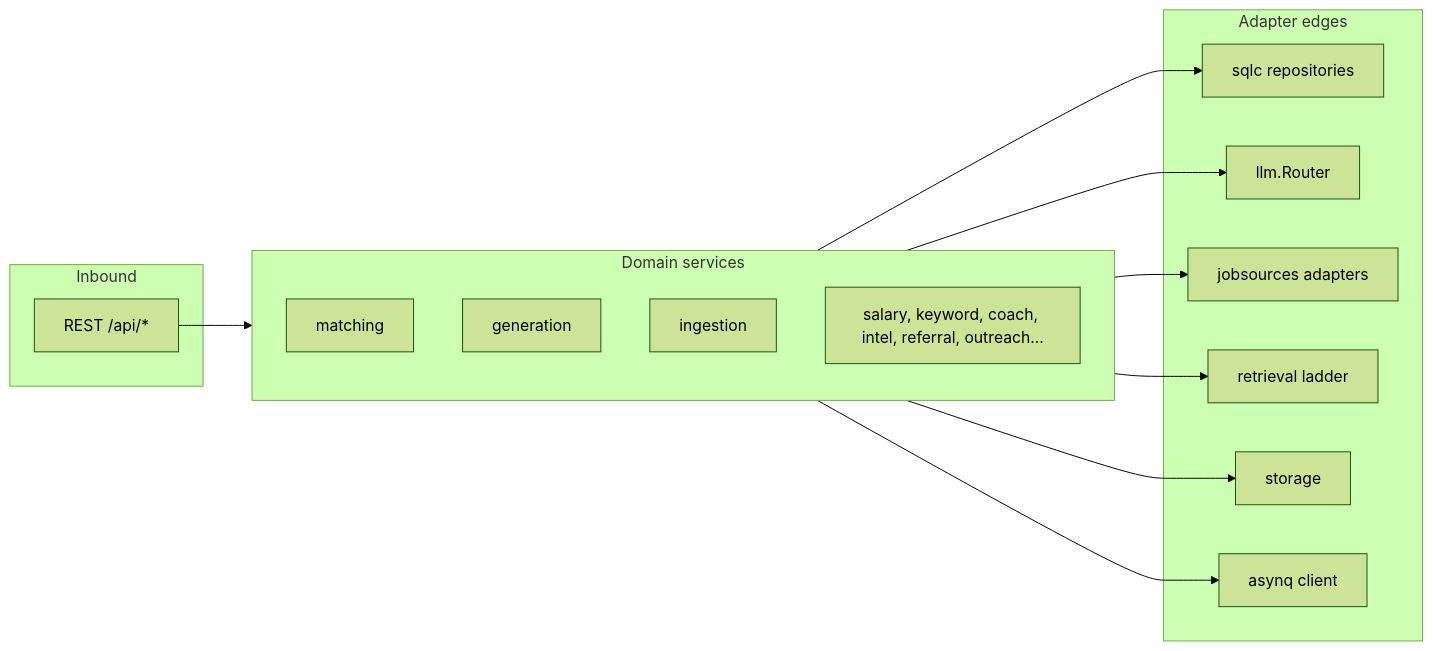
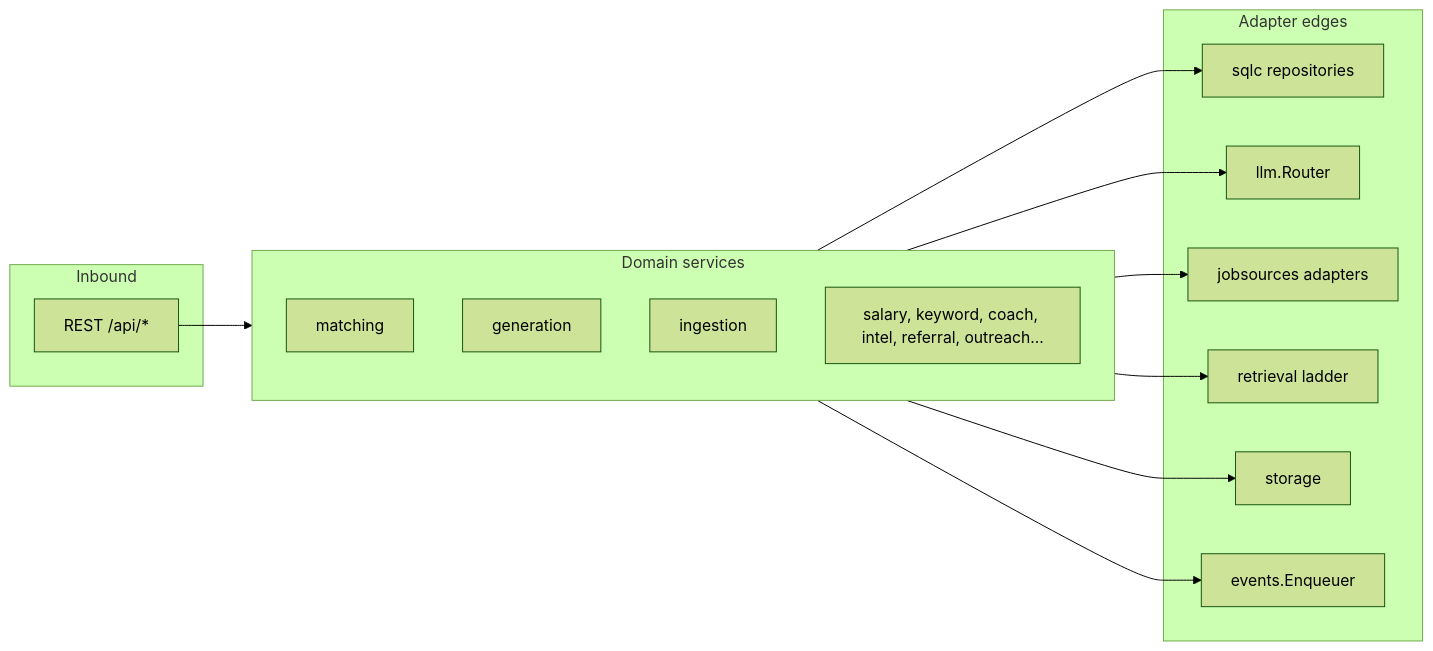
One commit to nonamecat19/job-finder changed the third of 4 diagrams in docs/docs/architecture/system-overview.md. Above: the diagram before and after it, drawn with Mermaid (forest theme). The commit also changed other lines of this file and 13 other files, not shown here.

````diff
--- a/docs/docs/architecture/system-overview.md
+++ b/docs/docs/architecture/system-overview.md
@@ -82,22 +83,22 @@
 ```mermaid
 flowchart LR
     subgraph Inbound
         REST["REST /api/*"]
     end
     subgraph Core["Domain services"]
         MATCH["matching"]
         GEN["generation"]
         ING["ingestion"]
         MISC["salary, keyword, coach, intel, referral, outreach..."]
     end
     subgraph Outbound["Adapter edges"]
         SQL["sqlc repositories"]
         LLMR["llm.Router"]
         SRC["jobsources adapters"]
         RET["retrieval ladder"]
         STORE["storage"]
-        Q["asynq client"]
+        Q["events.Enqueuer"]
     end
     REST --> Core
     Core --> SQL & LLMR & SRC & RET & STORE & Q
 ```
````
